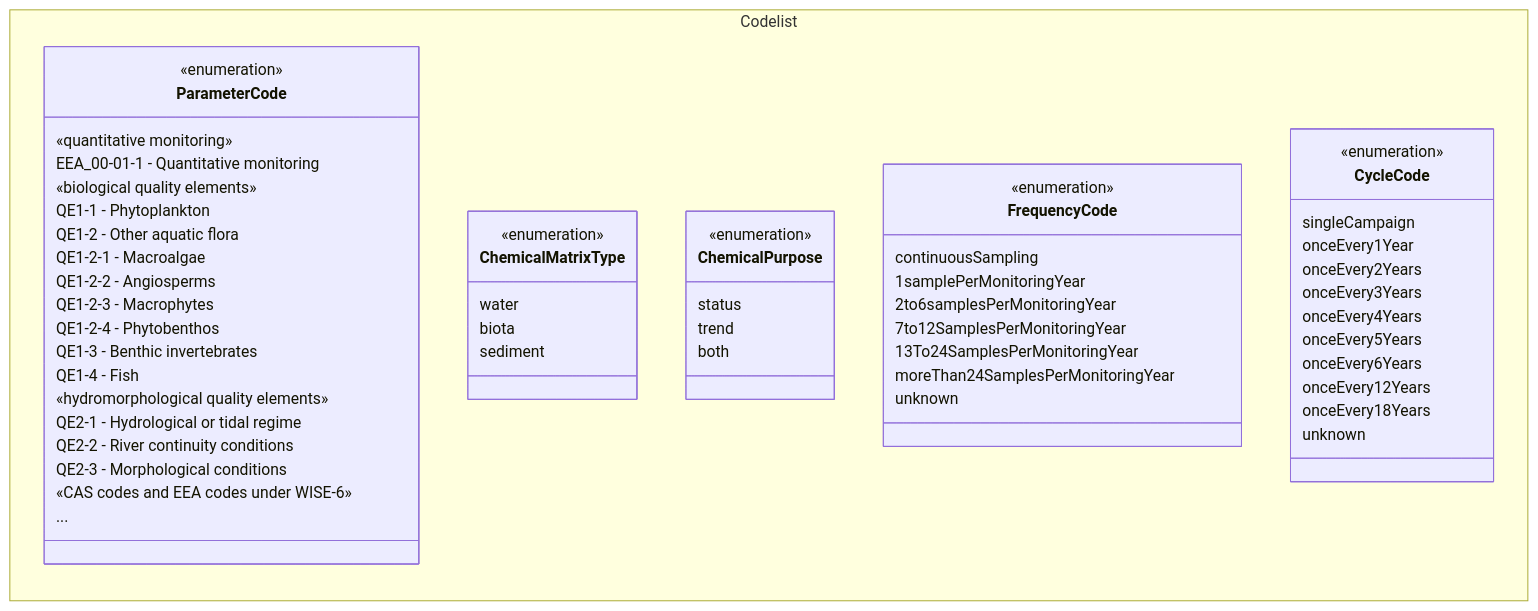
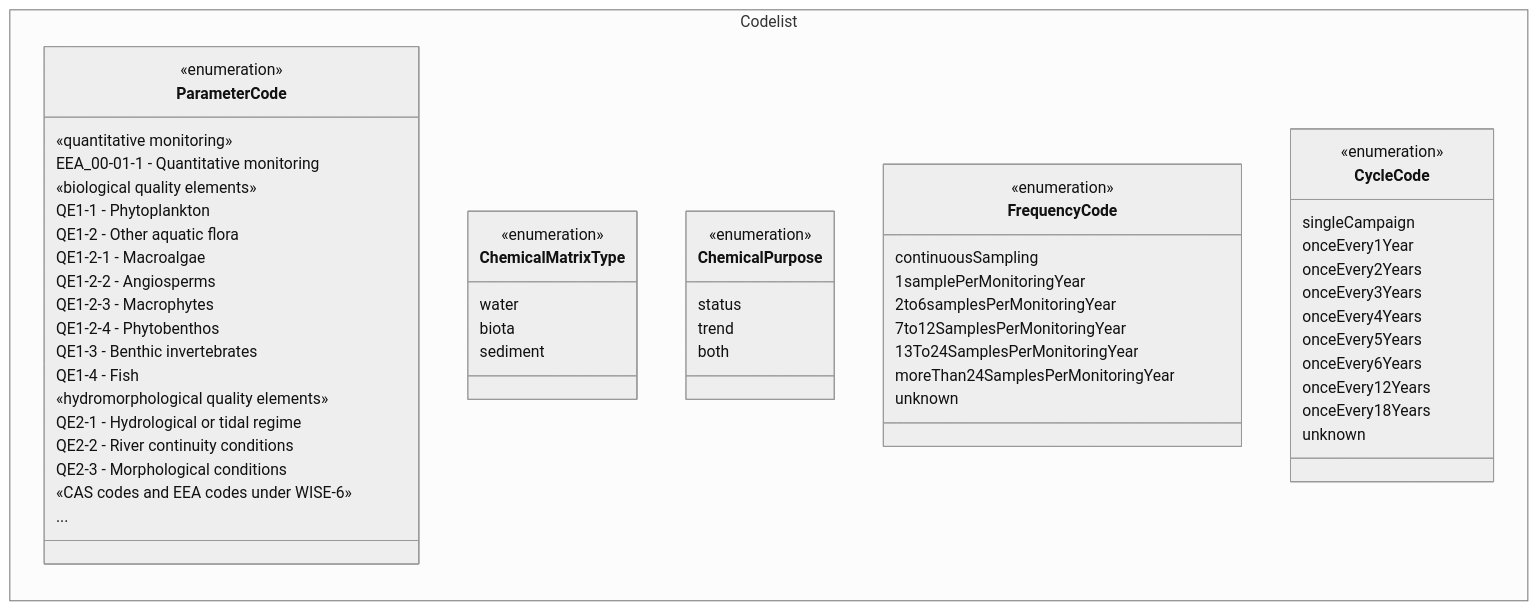
The second of 2 diagrams in docs/DataModelReview/WFDMonitoring.md (eeadata/WISE.WFD.Documentation), drawn with Mermaid before and after one commit. The commit also changed other lines of this file and 4 other files, not shown here.

````diff
--- a/docs/DataModelReview/WFDMonitoring.md
+++ b/docs/DataModelReview/WFDMonitoring.md
@@ -159,74 +174,76 @@
 ```{mermaid}
 :name: CodelistsDescriptiveMonitoring4thcycle
 :caption:  Codelists - Monitoring - 4th cycle
 :align: center
+:zoom:
+%%{init: {'theme': 'neutral'}}%%
 classDiagram
 direction LR
 namespace Codelist{
 
     class ParameterCode{
       <<enumeration>>
 
       «quantitative monitoring»
       EEA_00-01-1 - Quantitative monitoring
 
       «biological quality elements»
       QE1-1 - Phytoplankton
       QE1-2 - Other aquatic flora
       QE1-2-1 - Macroalgae
       QE1-2-2 - Angiosperms
       QE1-2-3 - Macrophytes
       QE1-2-4 - Phytobenthos
       QE1-3 - Benthic invertebrates
       QE1-4 - Fish
 
       «hydromorphological quality elements»
       QE2-1 - Hydrological or tidal regime
       QE2-2 - River continuity conditions
       QE2-3 - Morphological conditions
 
       «CAS codes and EEA codes under WISE-6»
       ...
     }
 
     class ChemicalMatrixType{
         <<enumeration>>
         water
         biota
         sediment
         }
 
     class ChemicalPurpose{
         <<enumeration>>
         status
         trend
         both
         }   
 
     class FrequencyCode{
         <<enumeration>>
         continuousSampling
         1samplePerMonitoringYear
         2to6samplesPerMonitoringYear
         7to12SamplesPerMonitoringYear
         13To24SamplesPerMonitoringYear
         moreThan24SamplesPerMonitoringYear
         unknown
         }   
 
     class CycleCode{
         <<enumeration>>
         singleCampaign
         onceEvery1Year
         onceEvery2Years
         onceEvery3Years
         onceEvery4Years
         onceEvery5Years
         onceEvery6Years
         onceEvery12Years
         onceEvery18Years
         unknown
         }   
 }
 
 ```
````
